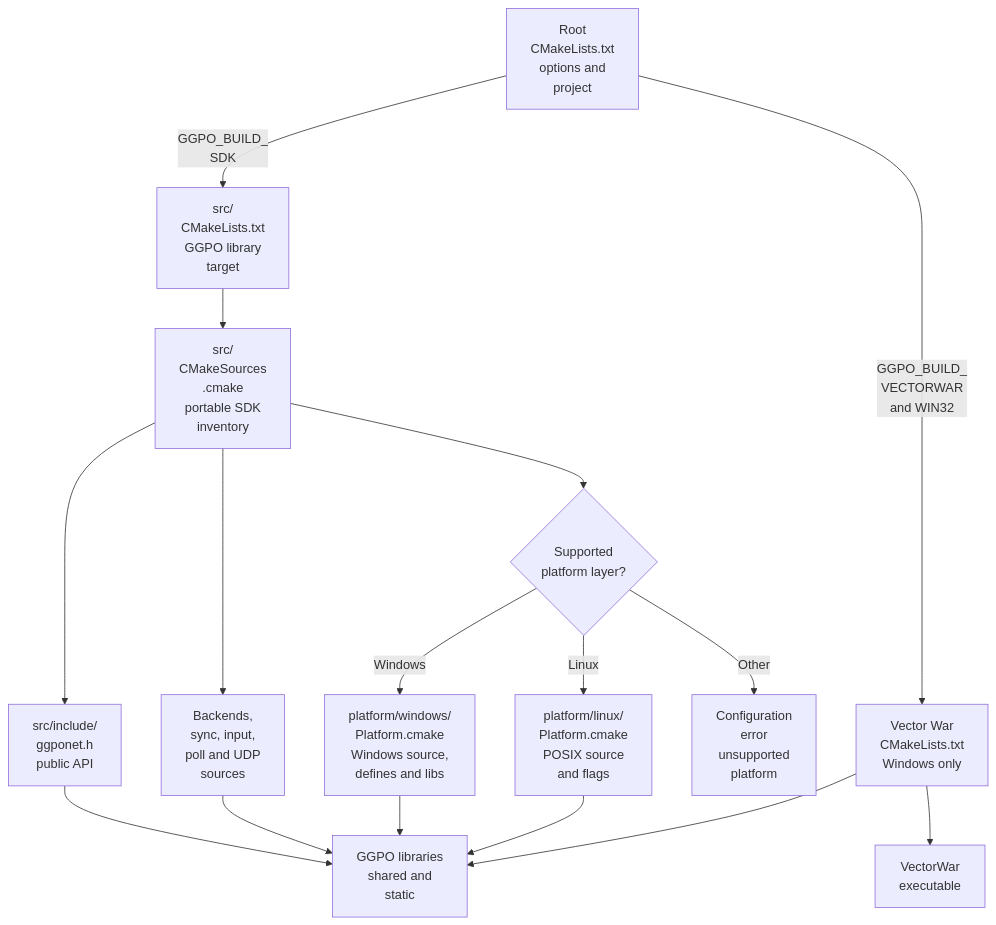
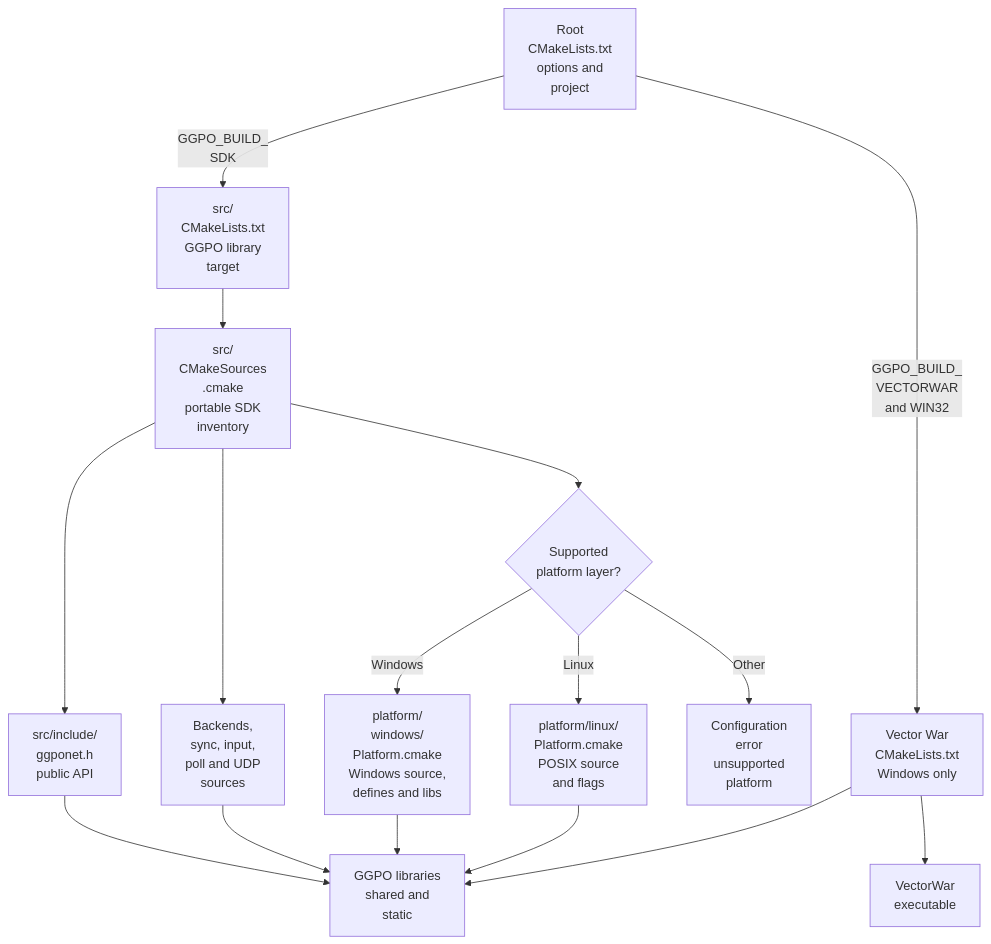
Before and after one commit to irregularthanis/ggpo-next: the diagram in doc/architecture/Build.md, drawn with Mermaid. The commit also changed 3 other files, not shown here.

Commit message:
docs: prevent architecture diagram truncation

````diff
--- a/doc/architecture/Build.md
+++ b/doc/architecture/Build.md
@@ -29,31 +29,31 @@
 ```mermaid
 flowchart TD
     Root["Root<br/>CMakeLists.txt<br/>options and<br/>project"]
     SDKList["src/<br/>CMakeLists.txt<br/>GGPO library<br/>target"]
     Sources["src/<br/>CMakeSources<br/>.cmake<br/>portable SDK<br/>inventory"]
     Public["src/include/<br/>ggponet.h<br/>public API"]
     Core["Backends,<br/>sync, input,<br/>poll and UDP<br/>sources"]
     Platform{"Supported<br/>platform layer?"}
-    Windows["platform/windows/<br/>Platform.cmake<br/>Windows source,<br/>defines and libs"]
+    Windows["platform/<br/>windows/<br/>Platform.cmake<br/>Windows source,<br/>defines and libs"]
     Linux["platform/linux/<br/>Platform.cmake<br/>POSIX source<br/>and flags"]
     Unsupported["Configuration<br/>error<br/>unsupported<br/>platform"]
     Library["GGPO libraries<br/>shared and<br/>static"]
     SampleList["Vector War<br/>CMakeLists.txt<br/>Windows only"]
     Sample["VectorWar<br/>executable"]
 
     Root -->|"GGPO_BUILD_<br/>SDK"| SDKList
     SDKList --> Sources
     Sources --> Public
     Sources --> Core
     Sources --> Platform
     Platform -->|"Windows"| Windows
     Platform -->|"Linux"| Linux
     Platform -->|"Other"| Unsupported
     Public --> Library
     Core --> Library
     Windows --> Library
     Linux --> Library
     Root -->|"GGPO_BUILD_<br/>VECTORWAR<br/>and WIN32"| SampleList
     SampleList --> Library
     SampleList --> Sample
 ```
````
